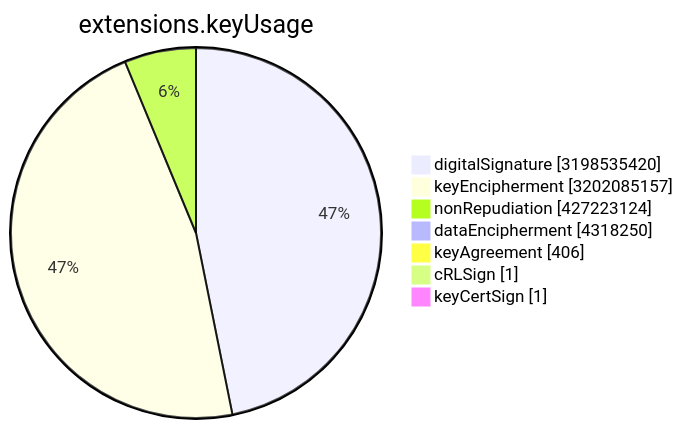
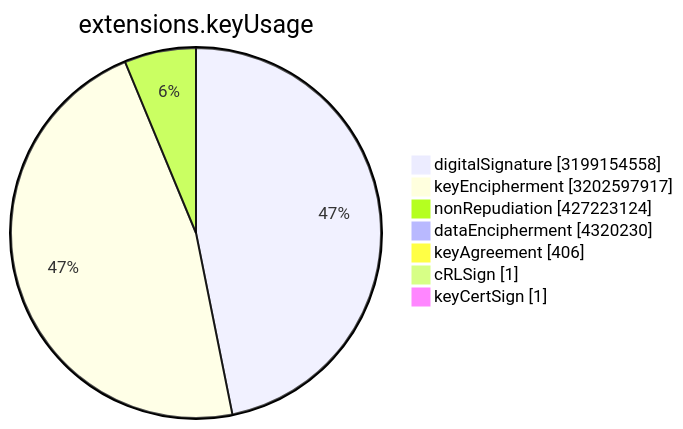
One commit to christiankrug/ctmonitor_visualization changed the sixth of 15 diagrams in TOTAL/README.md. Above: the diagram before and after it, drawn with Mermaid. The commit also changed other lines of this file, not shown here.

````diff
--- a/TOTAL/README.md
+++ b/TOTAL/README.md
@@ -3077,11 +3077,11 @@
 ```mermaid
 pie showData
 title extensions.keyUsage
-"digitalSignature" :3198535420
-"keyEncipherment" :3202085157
+"digitalSignature" :3199154558
+"keyEncipherment" :3202597917
 "nonRepudiation" :427223124
-"dataEncipherment" :4318250
+"dataEncipherment" :4320230
 "keyAgreement" :406
 "cRLSign" :1
 "keyCertSign" :1
 ```
````
